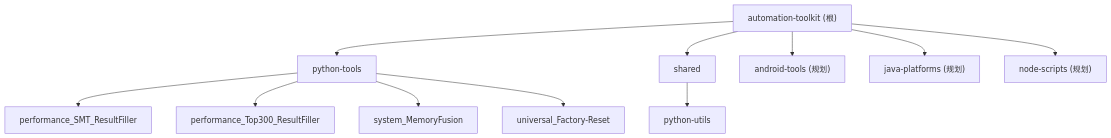
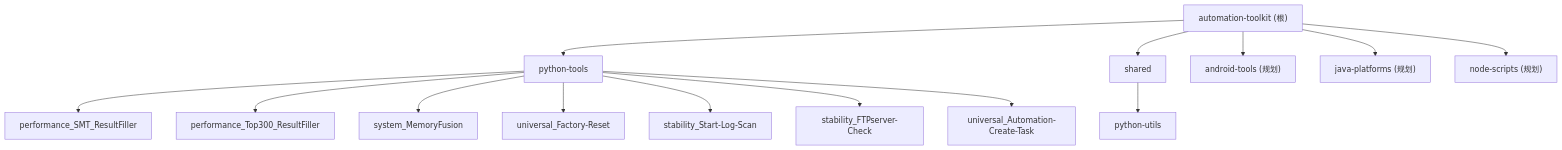
The diagram in CLAUDE.md (DUElost/automation-toolkit), drawn with Mermaid before and after one commit. The commit also changed other lines of this file, not shown here.

````diff
--- a/CLAUDE.md
+++ b/CLAUDE.md
@@ -53,19 +57,22 @@
 ```mermaid
 graph TD
     A["automation-toolkit (根)"] --> B["python-tools"];
     A --> C["shared"];
     A --> D["android-tools (规划)"];
     A --> E["java-platforms (规划)"];
     A --> F["node-scripts (规划)"];
 
     B --> G["performance_SMT_ResultFiller"];
     B --> H["performance_Top300_ResultFiller"];
     B --> I["system_MemoryFusion"];
     B --> J["universal_Factory-Reset"];
+    B --> L["stability_Start-Log-Scan"];
+    B --> M["stability_FTPserver-Check"];
+    B --> N["universal_Automation-Create-Task"];
 
     C --> K["python-utils"];
 
     click G "./python-tools/performance_SMT_ResultFiller/CLAUDE.md" "查看 SMT Result Filler"
     click H "./python-tools/performance_Top300_ResultFiller/CLAUDE.md" "查看 Top300 Result Filler"
     click K "./shared/python-utils/CLAUDE.md" "查看 python-utils"
 ```
````
